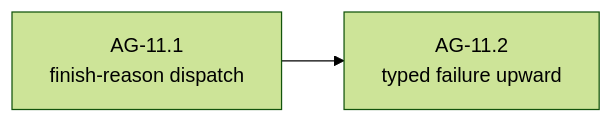
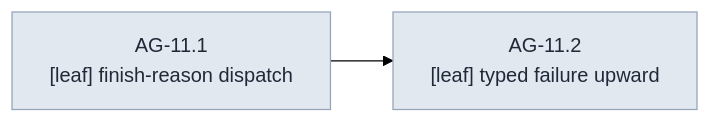
One commit to witsaba/cachicamas changed diagram 13 of 28 in docs/architecture/milestones/0003-cachicamas-agent-layer-2-task-graph.md. Above: the diagram before and after it, drawn with Mermaid (forest theme). The commit also changed other lines of this file and 3 other files, not shown here.

````diff
--- a/docs/architecture/milestones/0003-cachicamas-agent-layer-2-task-graph.md
+++ b/docs/architecture/milestones/0003-cachicamas-agent-layer-2-task-graph.md
@@ -565,4 +1113,6 @@
 ```mermaid
 flowchart LR
-    H1["AG-11.1<br/>finish-reason dispatch"] --> H2["AG-11.2<br/>typed failure upward"]
+    H1["AG-11.1<br/>[leaf] finish-reason dispatch"] --> H2["AG-11.2<br/>[leaf] typed failure upward"]
+    classDef leaf fill:#e2e8f0,stroke:#94a3b8,color:#1f2937
+    class H1,H2 leaf
 ```
````
